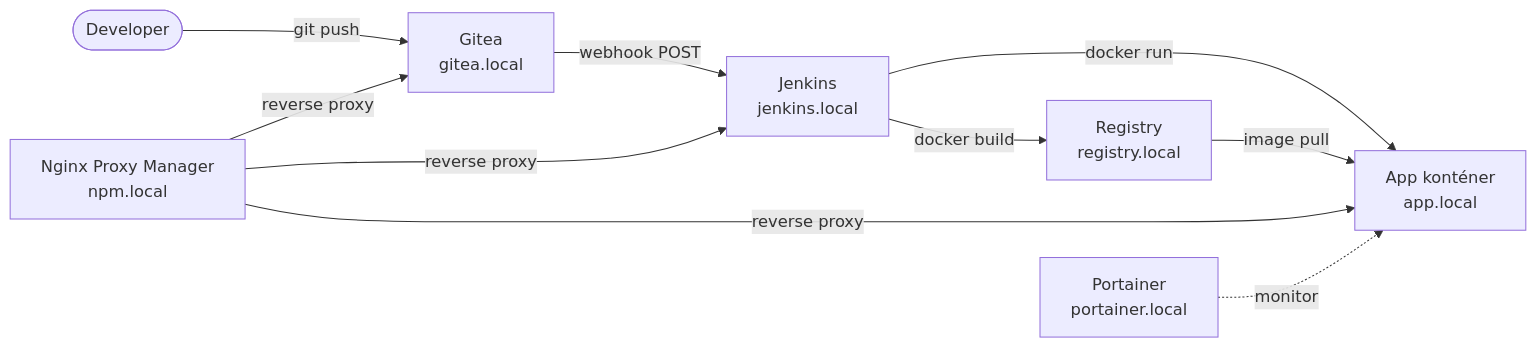
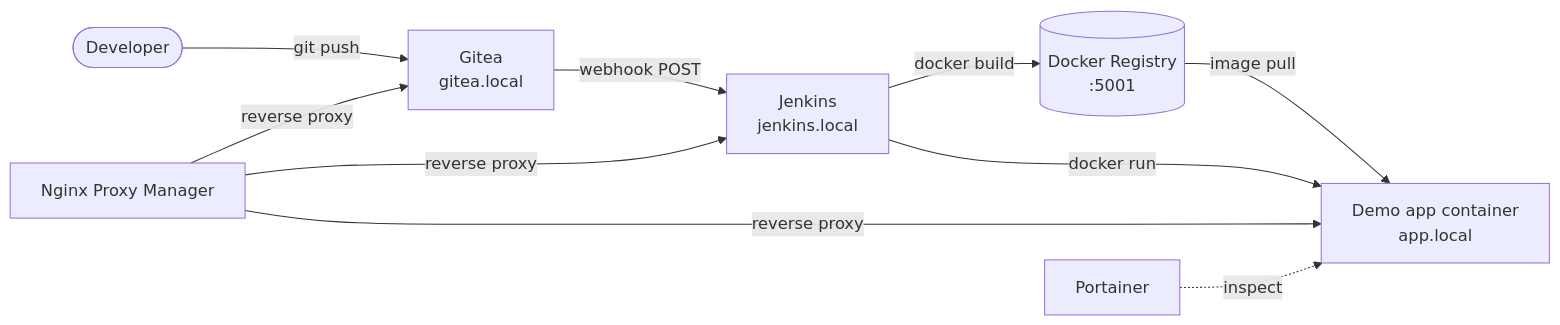
The diagram in README.md (bwgabor/docker-cicd-demo), drawn with Mermaid before and after one commit. The commit also changed other lines of this file and 2 other files, not shown here.

````diff
--- a/README.md
+++ b/README.md
@@ -14,12 +31,12 @@
 ```mermaid
 flowchart LR
-    DEV([Developer]) -->|git push| GITEA[Gitea\ngitea.local]
-    GITEA -->|webhook POST| JENKINS[Jenkins\njenkins.local]
-    JENKINS -->|docker build| REGISTRY[Registry\nregistry.local]
-    JENKINS -->|docker run| APP[App konténer\napp.local]
-    REGISTRY -->|image pull| APP
-    NPM[Nginx Proxy Manager\nnpm.local] -->|reverse proxy| GITEA
+    DEV([Developer]) -->|git push| GITEA[Gitea<br/>gitea.local]
+    GITEA -->|webhook POST| JENKINS[Jenkins<br/>jenkins.local]
+    JENKINS -->|docker build| REGISTRY[(Docker Registry<br/>:5001)]
+    REGISTRY -->|image pull| APP[Demo app container<br/>app.local]
+    JENKINS -->|docker run| APP
+    NPM[Nginx Proxy Manager] -->|reverse proxy| GITEA
     NPM -->|reverse proxy| JENKINS
     NPM -->|reverse proxy| APP
-    PORTAINER[Portainer\nportainer.local] -.->|monitor| APP
+    PORTAINER[Portainer] -.->|inspect| APP
 ```
````
